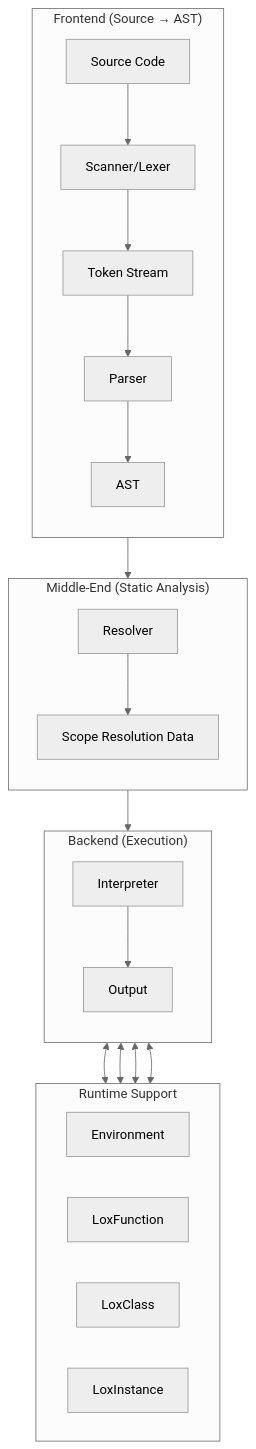
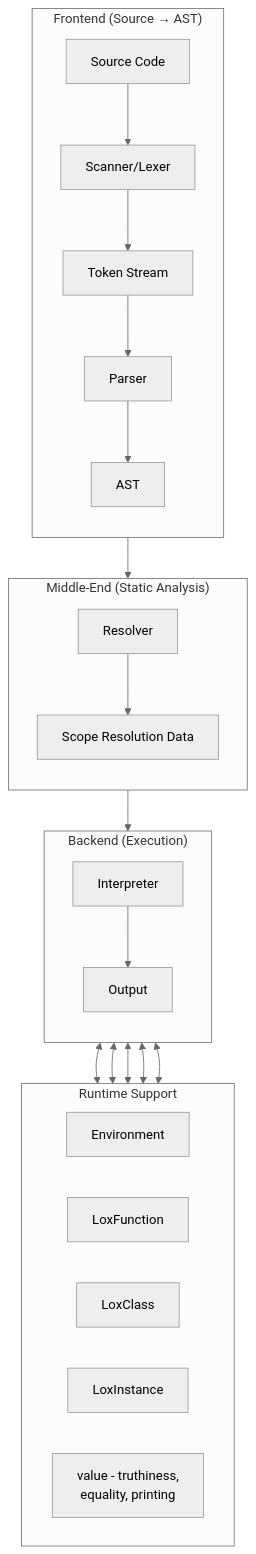
One commit to IshpreetSingh8264/Interpreter-Cpp changed the first of 11 diagrams in docs/ARCHITECTURE.md. Above: the diagram before and after it, drawn with Mermaid (neutral theme). The commit also changed other lines of this file and 5 other files, not shown here.

First line of the commit message:
docs: add the agent-facing architecture doc and refresh both flow docs

````diff
--- a/docs/ARCHITECTURE.md
+++ b/docs/ARCHITECTURE.md
@@ -9,35 +9,37 @@
 ```mermaid
 graph TB
     subgraph "Frontend (Source → AST)"
         direction TB
         A[Source Code] --> B[Scanner/Lexer]
         B --> C[Token Stream]
         C --> D[Parser]
         D --> E[AST]
     end
     
     subgraph "Middle-End (Static Analysis)"
         direction TB
         E --> F[Resolver]
         F --> G[Scope Resolution Data]
     end
     
     subgraph "Backend (Execution)"
         direction TB
         G --> H[Interpreter]
         H --> I[Output]
     end
     
     subgraph "Runtime Support"
         direction LR
         J[Environment]
         K[LoxFunction]
         L[LoxClass]
         M[LoxInstance]
+        N[value - truthiness,<br/>equality, printing]
     end
     
     H <--> J
     H <--> K
     H <--> L
     H <--> M
+    H <--> N
 ```
````
